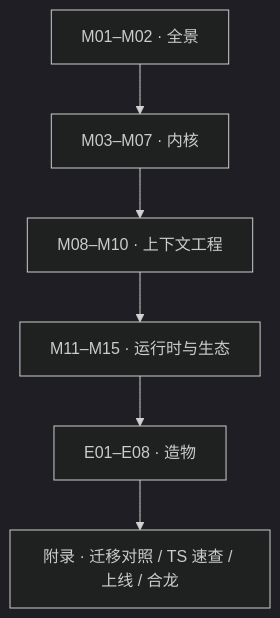
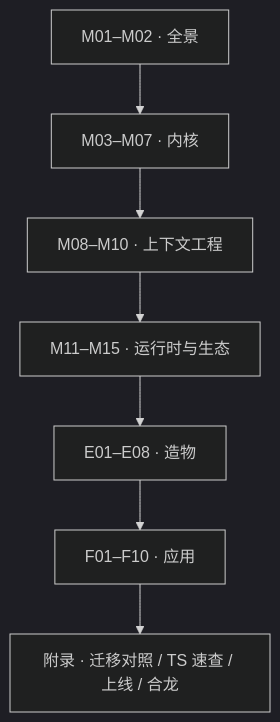
The diagram in README.md (Daniel-csvw/pi-agent-book), drawn with Mermaid (dark theme) before and after one commit. The commit also changed other lines of this file and 38 other files, not shown here.

````diff
--- a/README.md
+++ b/README.md
@@ -149,8 +169,9 @@
 ```mermaid
 flowchart TB
     A["M01–M02 · 全景"] --> B["M03–M07 · 内核"]
     B --> C["M08–M10 · 上下文工程"]
     C --> D["M11–M15 · 运行时与生态"]
     D --> E["E01–E08 · 造物"]
-    E --> F["附录 · 迁移对照 / TS 速查 / 上线 / 合龙"]
+    E --> F["F01–F10 · 应用"]
+    F --> G["附录 · 迁移对照 / TS 速查 / 上线 / 合龙"]
 ```
````
